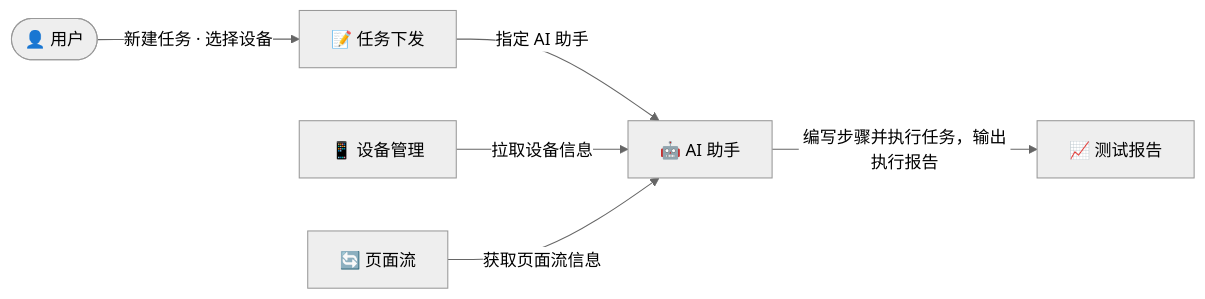
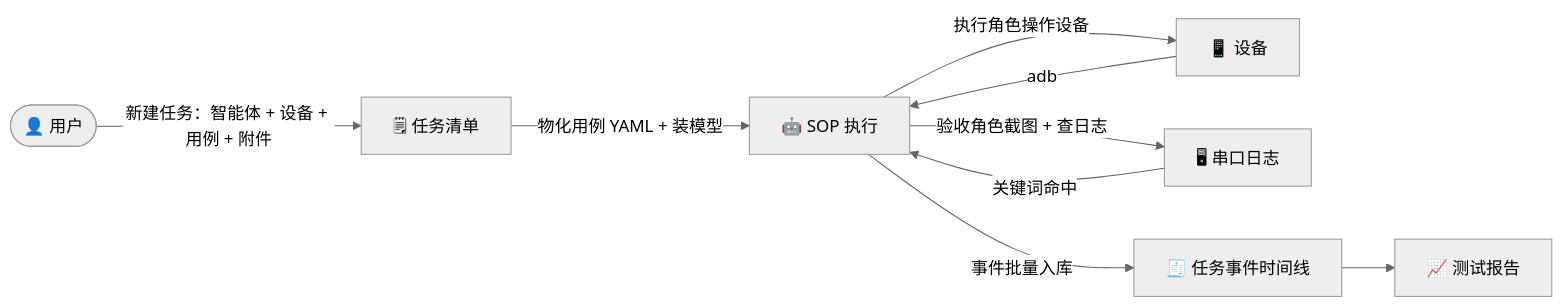
Before and after one commit to Kahoku-lazy/Android-AutoTests: the third of 3 diagrams in dev_docs/ARCH_PRD/PRD-平台总需求.md, drawn with Mermaid (neutral theme). The commit also changed other lines of this file and 39 other files, not shown here.

````diff
--- a/dev_docs/ARCH_PRD/PRD-平台总需求.md
+++ b/dev_docs/ARCH_PRD/PRD-平台总需求.md
@@ -79,8 +111,11 @@
 ```mermaid
 flowchart LR
-    U(["👤 用户"]) -->|"新建任务 · 选择设备"| T["📝 任务下发"]
-    T -->|"指定 AI 助手"| AI["🤖 AI 助手"]
-    DP["📱 设备管理"] -->|"拉取设备信息"| AI
-    WF["🔄 页面流"] -->|"获取页面流信息"| AI
-    AI -->|"编写步骤并执行任务，输出执行报告"| RG["📈 测试报告"]
+    U(["👤 用户"]) -->|"新建任务：智能体 + 设备 + 用例 + 附件"| T["🗒 任务清单"]
+    T -->|"物化用例 YAML + 装模型"| AI["🤖 SOP 执行"]
+    AI -->|"执行角色操作设备"| D["📱 设备"]
+    AI -->|"验收角色截图 + 查日志"| E["🖥 串口日志"]
+    AI -->|"事件批量入库"| EV["🧾 任务事件时间线"]
+    EV --> RG["📈 测试报告"]
+    D -->|"adb"| AI
+    E -->|"关键词命中"| AI
 ```
````
